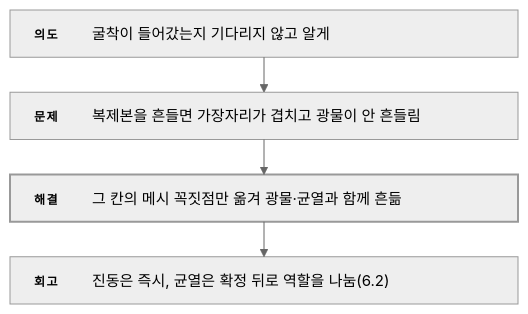
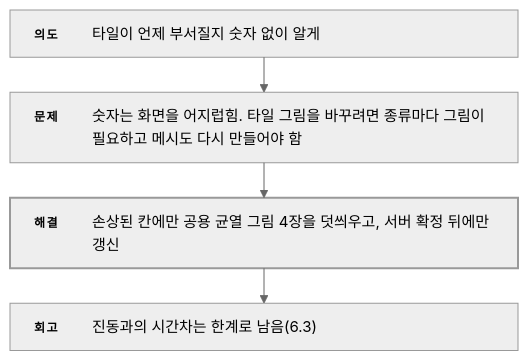
The ninth of 9 diagrams in src/1-folk-sack/기술문서.md (ashadeveloperr/ashadeveloperr.github.io), drawn with Mermaid (neutral theme) before and after one commit. The commit also changed other lines of this file and 6 other files, not shown here.

````diff
--- a/src/1-folk-sack/기술문서.md
+++ b/src/1-folk-sack/기술문서.md
@@ -562,18 +605,18 @@
 ```mermaid
 ---
 config:
   layout: elk
   flowchart:
     wrappingWidth: 520
     padding: 12
 ---
 flowchart TB
   %% feature-flow — _local/flow-diagrams.py가 만듦
-  I["<div style='width:460px;display:flex;gap:14px;align-items:baseline;text-align:left;white-space:normal'><span style='flex:0 0 44px;padding-top:2px;font-size:12px;font-weight:700;letter-spacing:.12em;color:var(--accent-ink)'>의도</span><span style='flex:1;font-size:15px;line-height:1.55;color:var(--ink)'>굴착이 들어갔는지 기다리지 않고 알게</span></div>"]
-  P["<div style='width:460px;display:flex;gap:14px;align-items:baseline;text-align:left;white-space:normal'><span style='flex:0 0 44px;padding-top:2px;font-size:12px;font-weight:700;letter-spacing:.12em;color:var(--accent-ink)'>문제</span><span style='flex:1;font-size:15px;line-height:1.55;color:var(--ink)'>복제본을 흔들면 가장자리가 겹치고 광물이 안 흔들림</span></div>"]
-  S["<div style='width:460px;display:flex;gap:14px;align-items:baseline;text-align:left;white-space:normal'><span style='flex:0 0 44px;padding-top:2px;font-size:12px;font-weight:700;letter-spacing:.12em;color:var(--accent-ink)'>해결</span><span style='flex:1;font-size:15px;line-height:1.55;color:var(--ink)'>그 칸의 메시 꼭짓점만 옮겨 광물·균열과 함께 흔듦</span></div>"]
-  R["<div style='width:460px;display:flex;gap:14px;align-items:baseline;text-align:left;white-space:normal'><span style='flex:0 0 44px;padding-top:2px;font-size:12px;font-weight:700;letter-spacing:.12em;color:var(--accent-ink)'>회고</span><span style='flex:1;font-size:15px;line-height:1.55;color:var(--ink)'>진동은 즉시, 균열은 확정 뒤로 역할을 나눔(6.2)</span></div>"]
+  I["<div style='width:460px;display:flex;gap:14px;align-items:baseline;text-align:left;white-space:normal'><span style='flex:0 0 44px;padding-top:2px;font-size:12px;font-weight:700;letter-spacing:.12em;color:var(--accent-ink)'>의도</span><span style='flex:1;font-size:15px;line-height:1.55;color:var(--ink)'>타일이 언제 부서질지 숫자 없이 알게</span></div>"]
+  P["<div style='width:460px;display:flex;gap:14px;align-items:baseline;text-align:left;white-space:normal'><span style='flex:0 0 44px;padding-top:2px;font-size:12px;font-weight:700;letter-spacing:.12em;color:var(--accent-ink)'>문제</span><span style='flex:1;font-size:15px;line-height:1.55;color:var(--ink)'>숫자는 화면을 어지럽힘. 타일 그림을 바꾸려면 종류마다 그림이 필요하고 메시도 다시 만들어야 함</span></div>"]
+  S["<div style='width:460px;display:flex;gap:14px;align-items:baseline;text-align:left;white-space:normal'><span style='flex:0 0 44px;padding-top:2px;font-size:12px;font-weight:700;letter-spacing:.12em;color:var(--accent-ink)'>해결</span><span style='flex:1;font-size:15px;line-height:1.55;color:var(--ink)'>손상된 칸에만 공용 균열 그림 4장을 덧씌우고, 서버 확정 뒤에만 갱신</span></div>"]
+  R["<div style='width:460px;display:flex;gap:14px;align-items:baseline;text-align:left;white-space:normal'><span style='flex:0 0 44px;padding-top:2px;font-size:12px;font-weight:700;letter-spacing:.12em;color:var(--accent-ink)'>회고</span><span style='flex:1;font-size:15px;line-height:1.55;color:var(--ink)'>진동과의 시간차는 한계로 남음(6.3)</span></div>"]
   I --> P --> S --> R
   classDef key stroke-width:2px
   class S key
 ```
````
